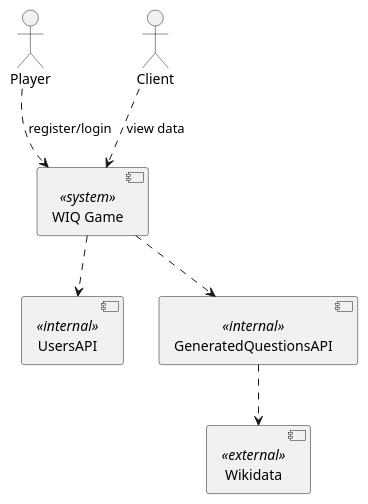
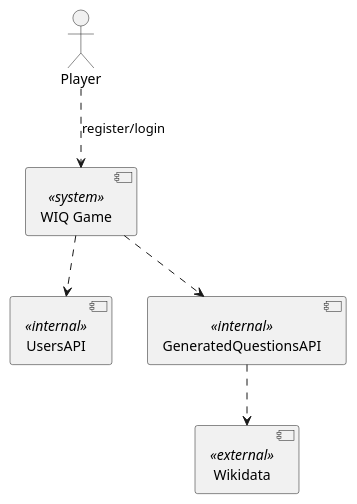
The diagram in docs/src/03_system_scope_and_context.adoc (Arquisoft/wiq_en1a), drawn with PlantUML before and after one commit. The commit also changed other lines of this file and 1 other file, not shown here.

```diff
--- a/docs/src/03_system_scope_and_context.adoc
+++ b/docs/src/03_system_scope_and_context.adoc
@@ -51,15 +51,13 @@
 [plantuml,"Context Diagram",png]
 ----
 actor Player
-actor Client
 [Wikidata] <<external>>
 
 [WIQ Game] <<system>>
 [UsersAPI] <<internal>>
 [GeneratedQuestionsAPI] <<internal>>
 Player ..> (WIQ Game) : register/login
-Client ..> (WIQ Game) : view data
 [GeneratedQuestionsAPI] ..> Wikidata
 [WIQ Game] ..> UsersAPI
 [WIQ Game] ..> GeneratedQuestionsAPI
 ----
```
